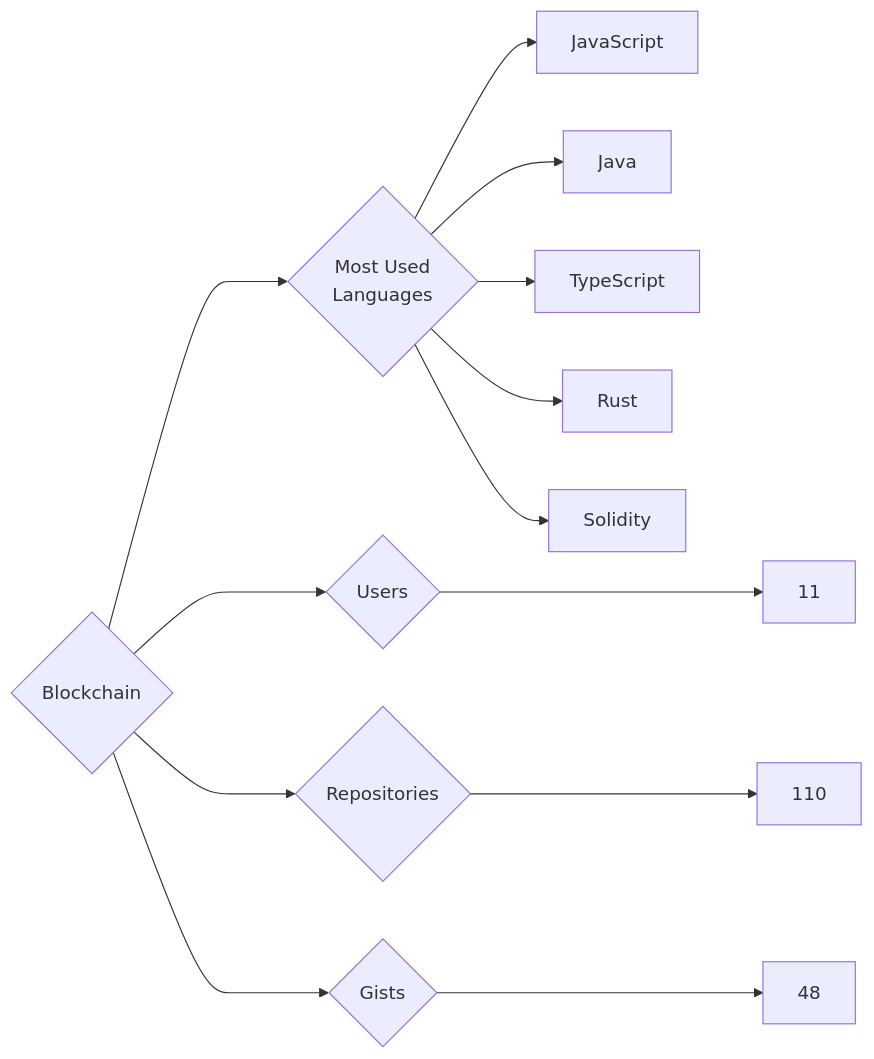
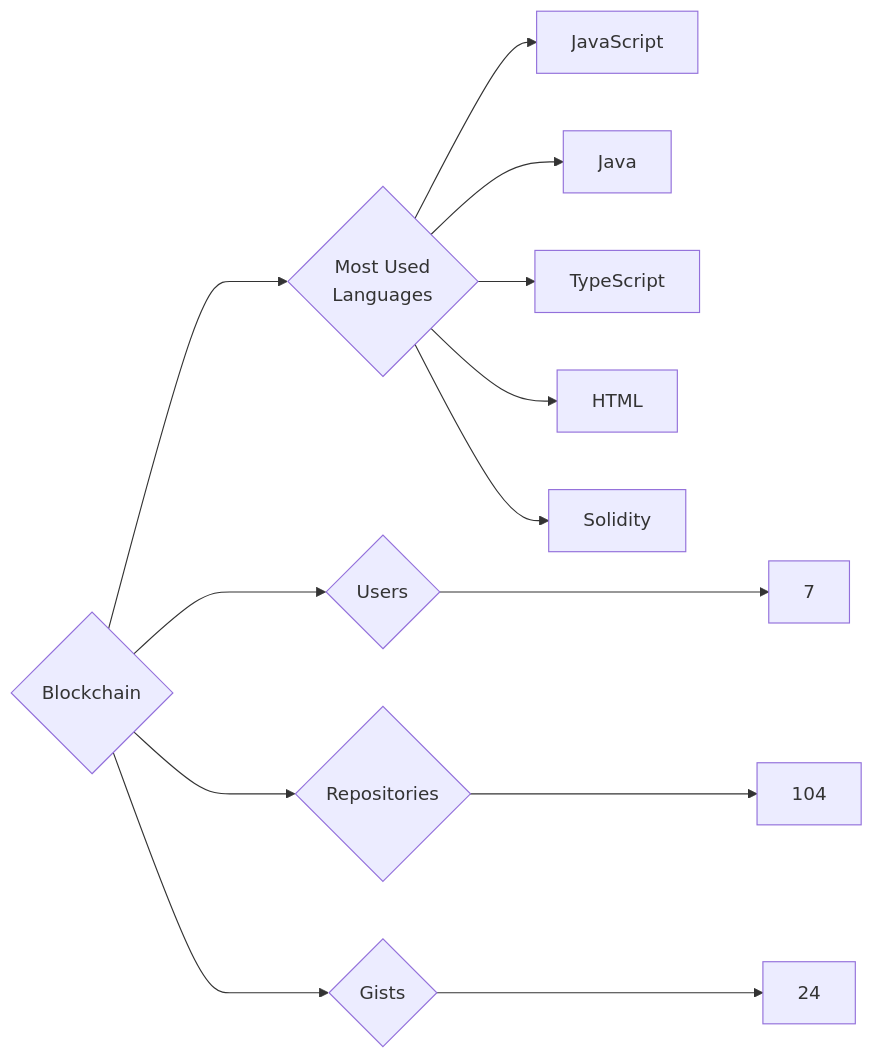
Before and after one commit to trickest/insiders: the diagram in targets/Blockchain/README.md, drawn with Mermaid. The commit also changed 1166 other files, not shown here.

````diff
--- a/targets/Blockchain/README.md
+++ b/targets/Blockchain/README.md
@@ -3,13 +3,13 @@
 ```mermaid
 graph LR
 COMPANY_NAME{Blockchain}
-COMPANY_NAME ---> U{Users} ---> UN[11]
-COMPANY_NAME ---> R{Repositories} ---> RN[110]
-COMPANY_NAME ---> G{Gists} ---> GN[48]
+COMPANY_NAME ---> U{Users} ---> UN[7]
+COMPANY_NAME ---> R{Repositories} ---> RN[104]
+COMPANY_NAME ---> G{Gists} ---> GN[24]
 COMPANY_NAME ---> ML{Most Used<br>Languages}
 ML --> JavaScript[JavaScript]
 ML --> Java[Java]
 ML --> TypeScript[TypeScript]
-ML --> Rust[Rust]
+ML --> HTML[HTML]
 ML --> Solidity[Solidity]
 ```
````
